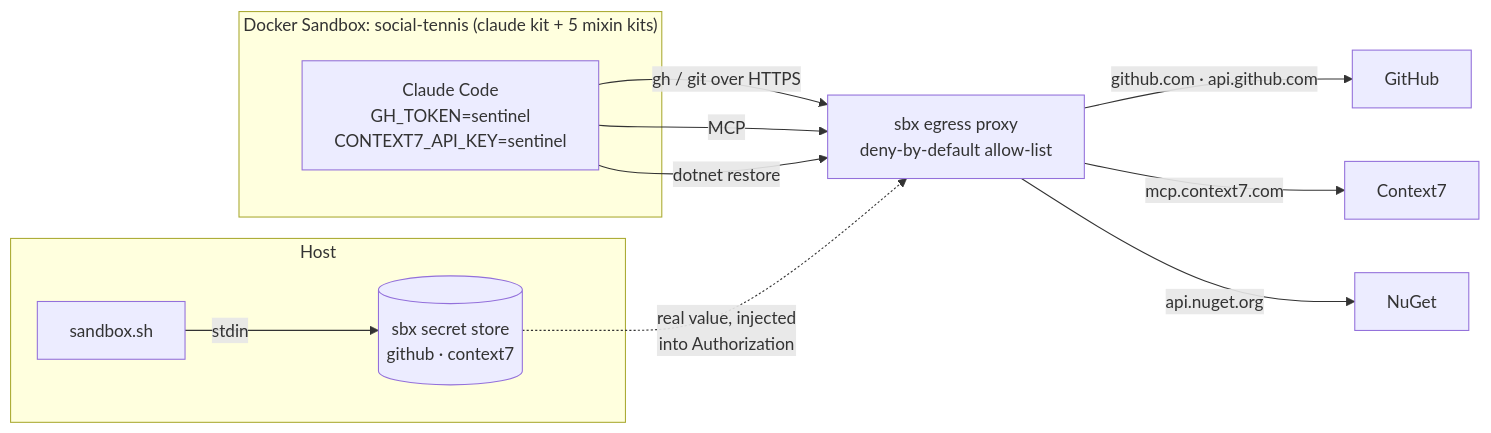
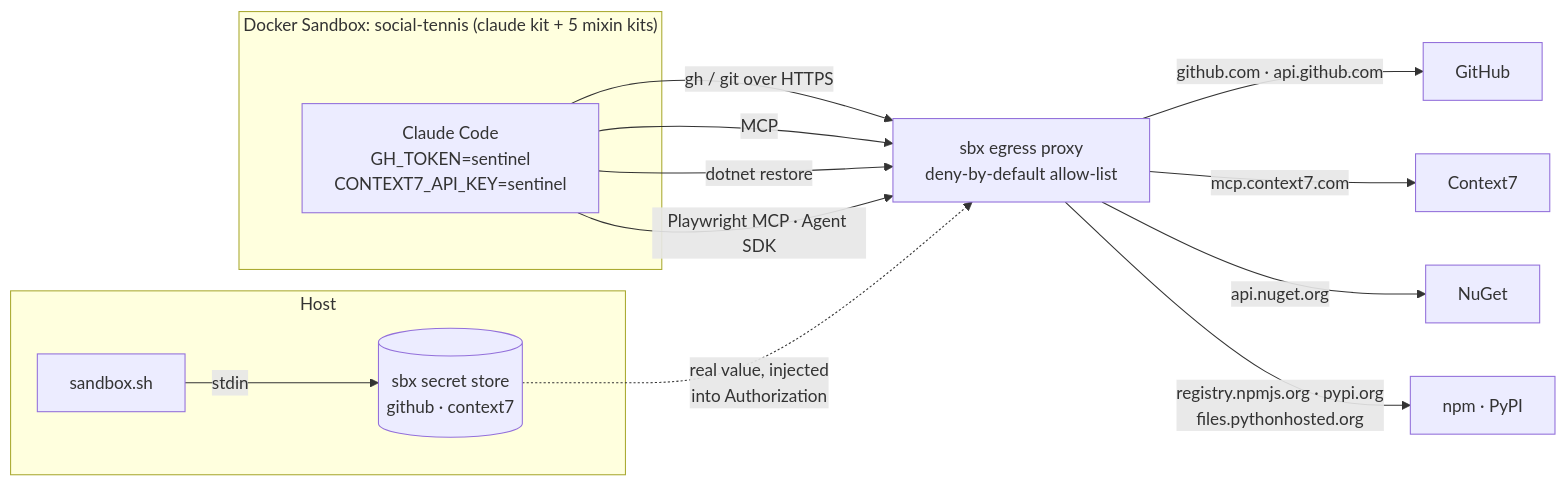
One commit to l1em1on1/social-tennis changed the sixth of 12 diagrams in docs/architecture.md. Above: the diagram before and after it, drawn with Mermaid. The commit also changed other lines of this file and 7 other files, not shown here.

````diff
--- a/docs/architecture.md
+++ b/docs/architecture.md
@@ -340,17 +340,19 @@
 ```mermaid
 flowchart LR
     subgraph host ["Host"]
         S["sandbox.sh"] -->|"stdin"| SS[("sbx secret store<br/>github · context7")]
     end
     subgraph sbx ["Docker Sandbox: social-tennis (claude kit + 5 mixin kits)"]
         C["Claude Code<br/>GH_TOKEN=sentinel<br/>CONTEXT7_API_KEY=sentinel"]
     end
     PX["sbx egress proxy<br/>deny-by-default allow-list"]
     C -->|"gh / git over HTTPS"| PX
     C -->|"MCP"| PX
     C -->|"dotnet restore"| PX
+    C -->|"Playwright MCP · Agent SDK"| PX
     SS -.->|"real value, injected<br/>into Authorization"| PX
     PX -->|"github.com · api.github.com"| GH[GitHub]
     PX -->|"mcp.context7.com"| C7[Context7]
     PX -->|"api.nuget.org"| NG[NuGet]
+    PX -->|"registry.npmjs.org · pypi.org<br/>files.pythonhosted.org"| PK[npm · PyPI]
 ```
````
